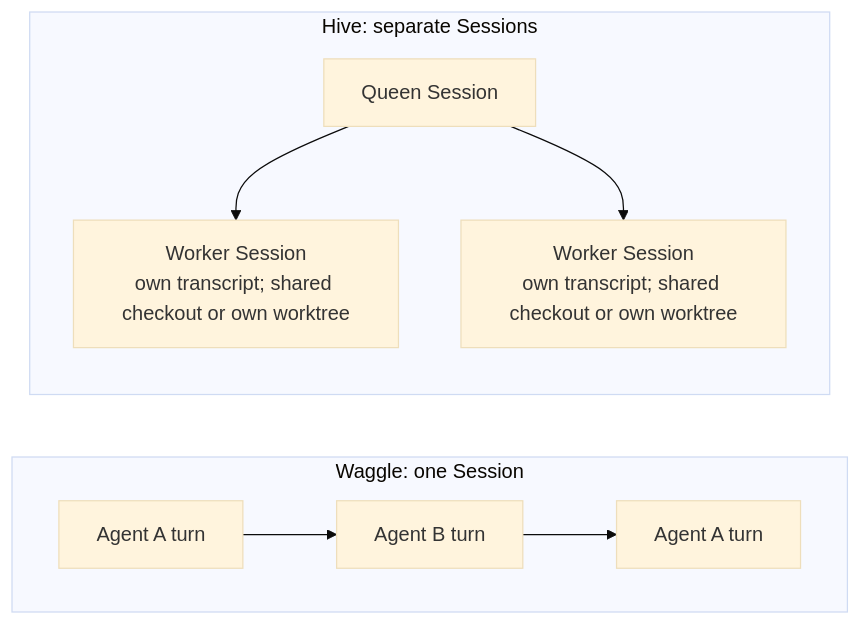
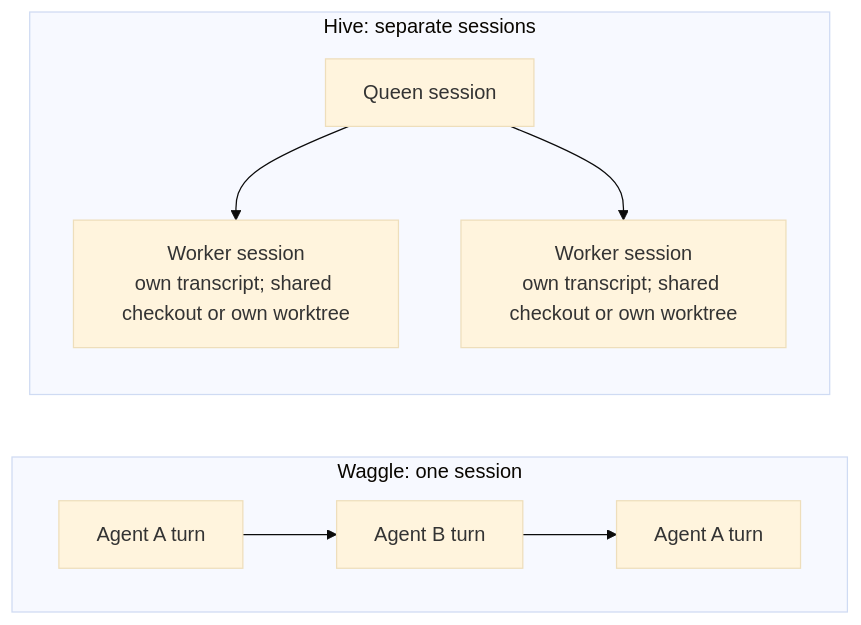
One commit to OpenWaggle/OpenWaggle changed the diagram in website/src/content/docs/using-openwaggle/waggle-mode.md. Above: the diagram before and after it, drawn with Mermaid (base theme). The commit also changed other lines of this file and 4 other files, not shown here.

Commit message:
docs(website): rewrite the Hive, Waggle and agent definition guides as plain task guides, with a Hive actions and states reference

````diff
--- a/website/src/content/docs/using-openwaggle/waggle-mode.md
+++ b/website/src/content/docs/using-openwaggle/waggle-mode.md
@@ -15,12 +13,13 @@
 ```mermaid
+%% alt: A Waggle takes turns inside one session, while a Hive runs separate sessions side by side
 flowchart LR
-  subgraph waggle["Waggle: one Session"]
+  subgraph waggle["Waggle: one session"]
     direction LR
     A1["Agent A turn"] --> B1["Agent B turn"] --> A2["Agent A turn"]
   end
-  subgraph hive["Hive: separate Sessions"]
+  subgraph hive["Hive: separate sessions"]
     direction TB
-    Q["Queen Session"] --> W1["Worker Session<br/>own transcript; shared checkout or own worktree"]
-    Q --> W2["Worker Session<br/>own transcript; shared checkout or own worktree"]
+    Q["Queen session"] --> W1["Worker session<br/>own transcript; shared checkout or own worktree"]
+    Q --> W2["Worker session<br/>own transcript; shared checkout or own worktree"]
   end
 ```
````
